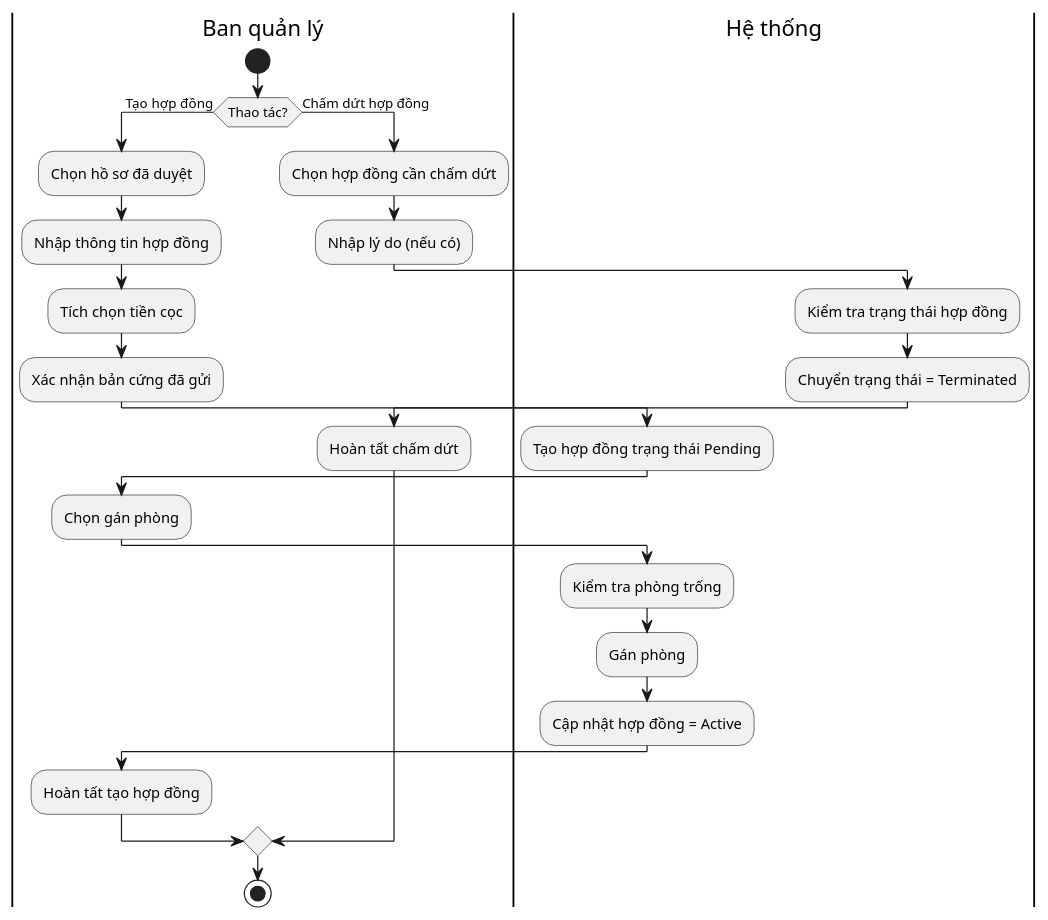
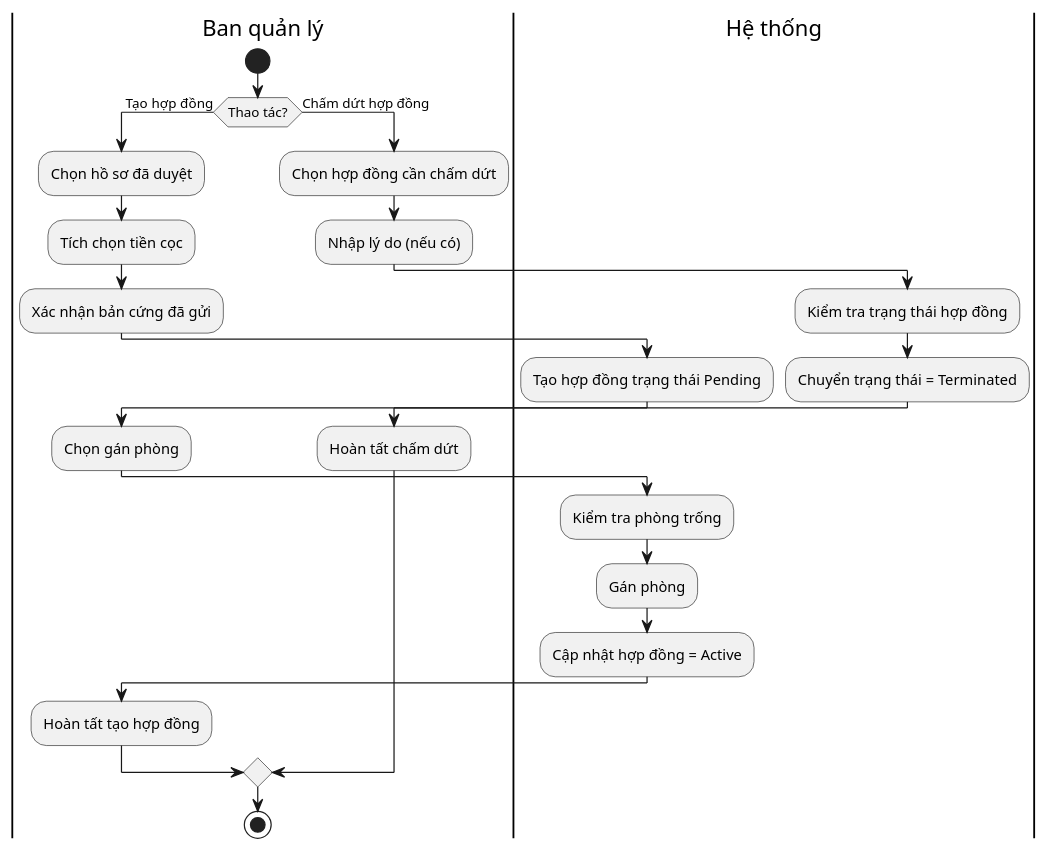
The diagram in diagrams/nhomphonghopdong/contract_management_activity.puml (s0nbuildtech287/dormitory-frontend), drawn with PlantUML before and after one commit.

```diff
--- a/diagrams/nhomphonghopdong/contract_management_activity.puml
+++ b/diagrams/nhomphonghopdong/contract_management_activity.puml
@@ -1,29 +1,28 @@
 @startuml "Contract Management Activity"
 |Ban quản lý|
 start
 if (Thao tác?) then (Tạo hợp đồng)
   :Chọn hồ sơ đã duyệt;
-  :Nhập thông tin hợp đồng;
   :Tích chọn tiền cọc;
   :Xác nhận bản cứng đã gửi;
   |Hệ thống|
   :Tạo hợp đồng trạng thái Pending;
   |Ban quản lý|
   :Chọn gán phòng;
   |Hệ thống|
   :Kiểm tra phòng trống;
   :Gán phòng;
   :Cập nhật hợp đồng = Active;
   |Ban quản lý|
   :Hoàn tất tạo hợp đồng;
 else (Chấm dứt hợp đồng)
   :Chọn hợp đồng cần chấm dứt;
   :Nhập lý do (nếu có);
   |Hệ thống|
   :Kiểm tra trạng thái hợp đồng;
   :Chuyển trạng thái = Terminated;
   |Ban quản lý|
   :Hoàn tất chấm dứt;
 endif
 stop
 @enduml
```
